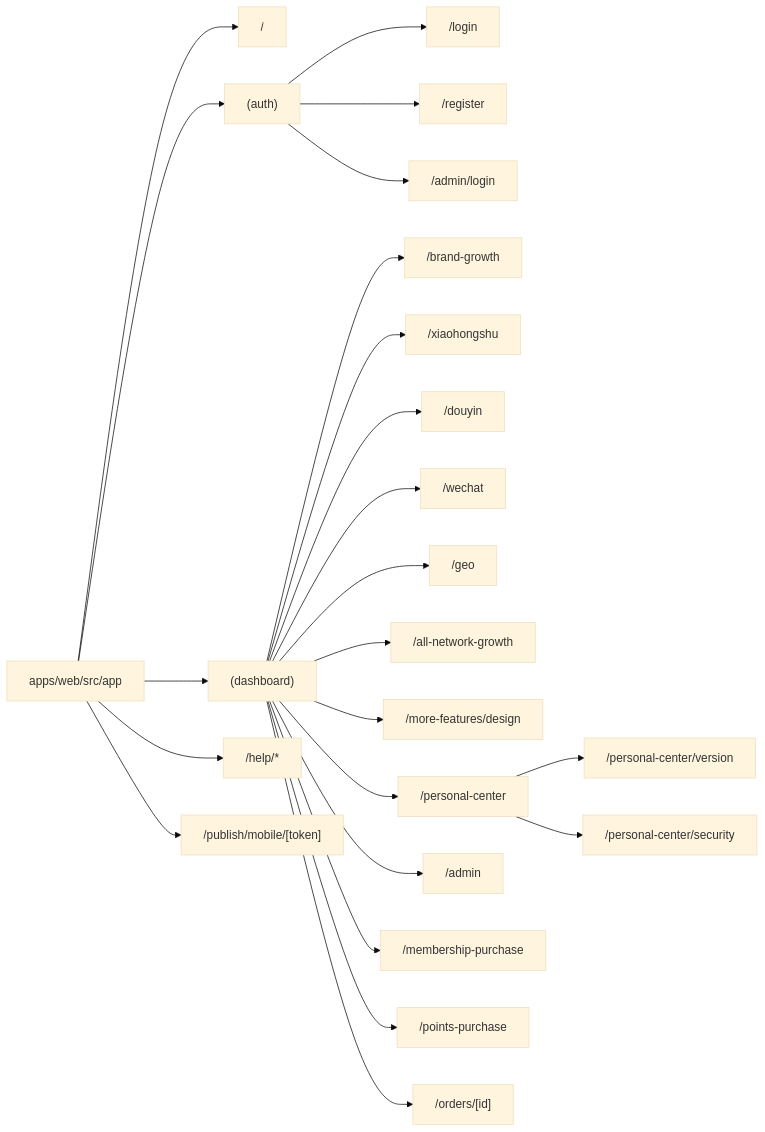
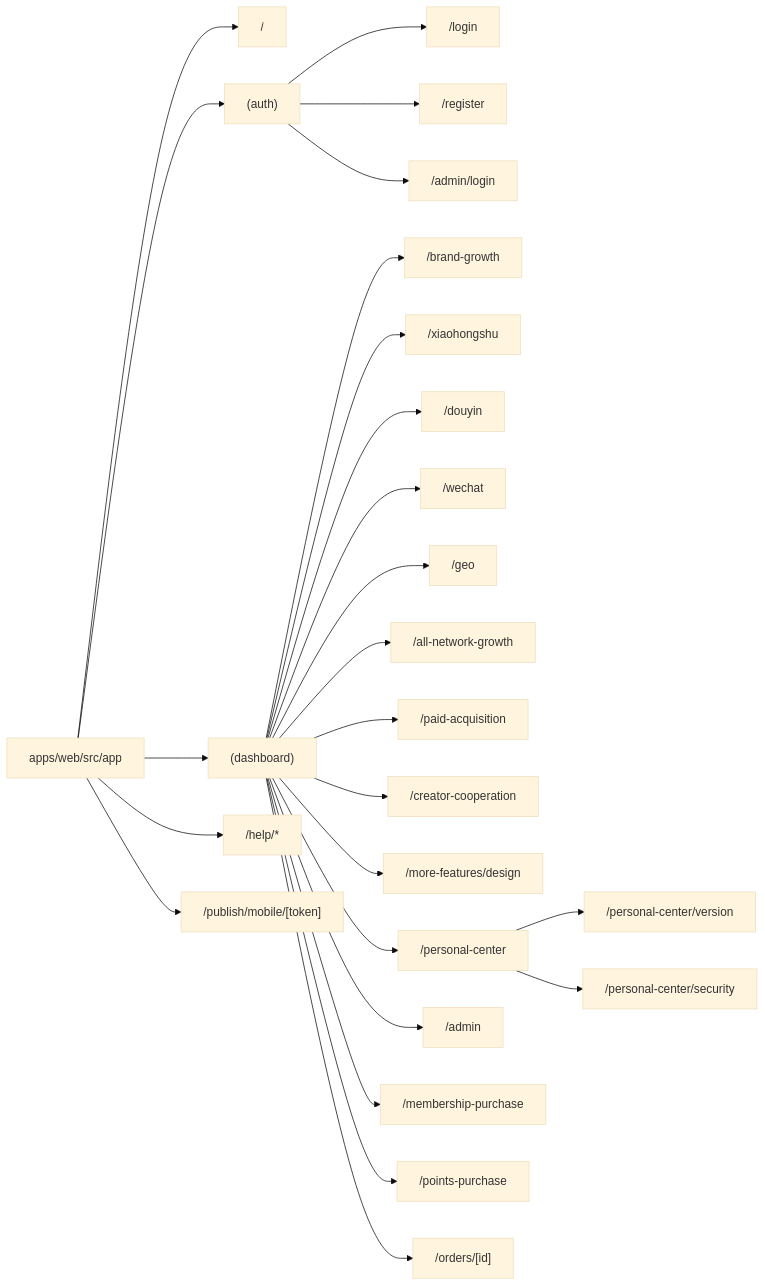
One commit to Depthukesh/ai-omni-ops-system changed the second of 5 diagrams in docs/site-map-mermaid.md. Above: the diagram before and after it, drawn with Mermaid (base theme). The commit also changed other lines of this file and 23 other files, not shown here.

````diff
--- a/docs/site-map-mermaid.md
+++ b/docs/site-map-mermaid.md
@@ -85,29 +86,31 @@
 ```mermaid
 flowchart LR
     Root["apps/web/src/app"]
 
     Root --> Home["/"]
     Root --> Auth["(auth)"]
     Root --> Dash["(dashboard)"]
     Root --> Help["/help/*"]
     Root --> Publish["/publish/mobile/[token]"]
 
     Auth --> Login["/login"]
     Auth --> Register["/register"]
     Auth --> AdminLogin["/admin/login"]
 
     Dash --> BrandGrowth["/brand-growth"]
     Dash --> Xiaohongshu["/xiaohongshu"]
     Dash --> Douyin["/douyin"]
     Dash --> Wechat["/wechat"]
     Dash --> Geo["/geo"]
     Dash --> AllNetworkGrowth["/all-network-growth"]
+    Dash --> PaidAcquisition["/paid-acquisition"]
+    Dash --> CreatorCooperation["/creator-cooperation"]
     Dash --> Design["/more-features/design"]
     Dash --> Personal["/personal-center"]
     Personal --> PersonalVersion["/personal-center/version"]
     Personal --> PersonalSecurity["/personal-center/security"]
     Dash --> Admin["/admin"]
     Dash --> Membership["/membership-purchase"]
     Dash --> Points["/points-purchase"]
     Dash --> OrderDetail["/orders/[id]"]
 ```
````
